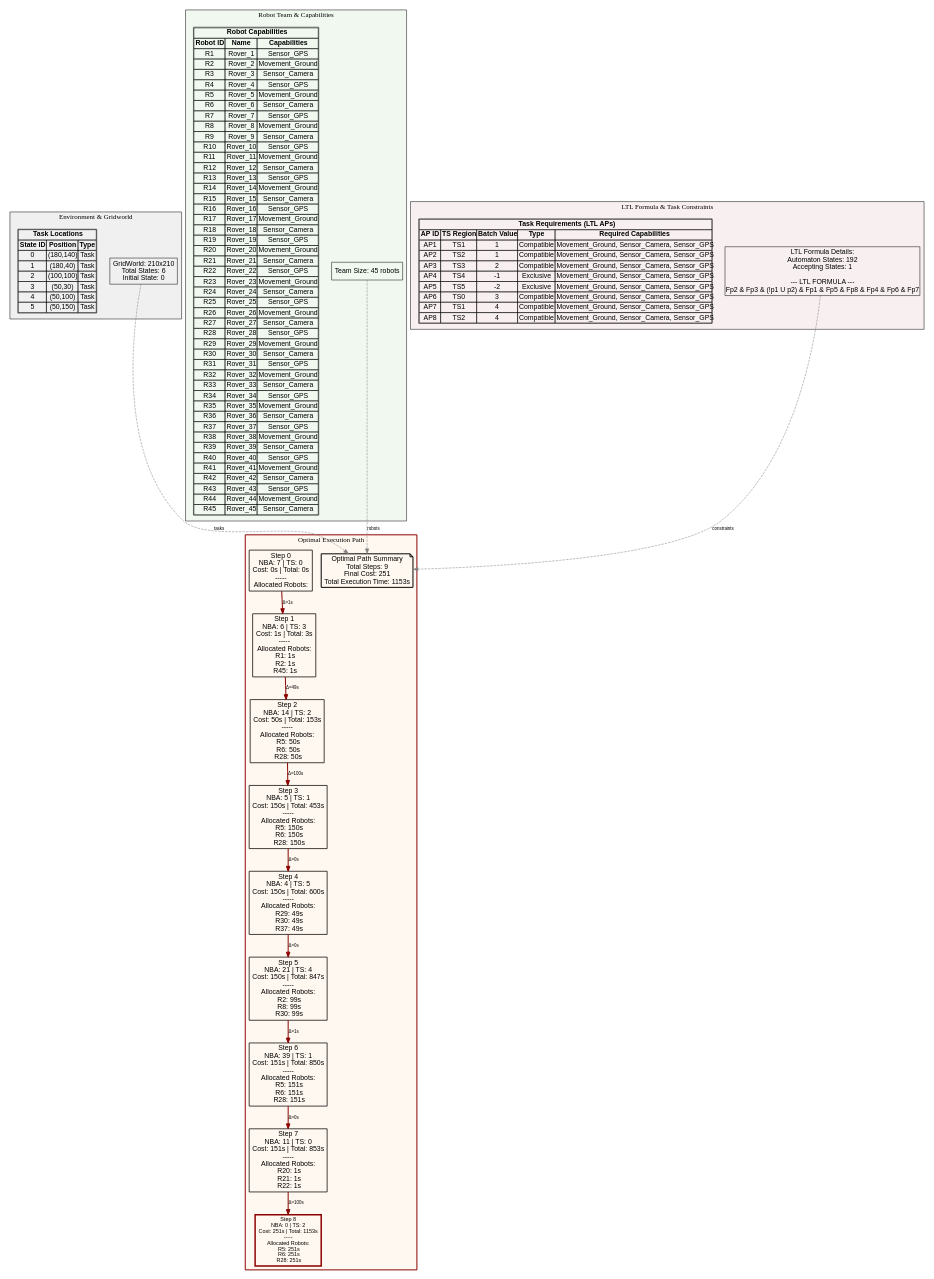
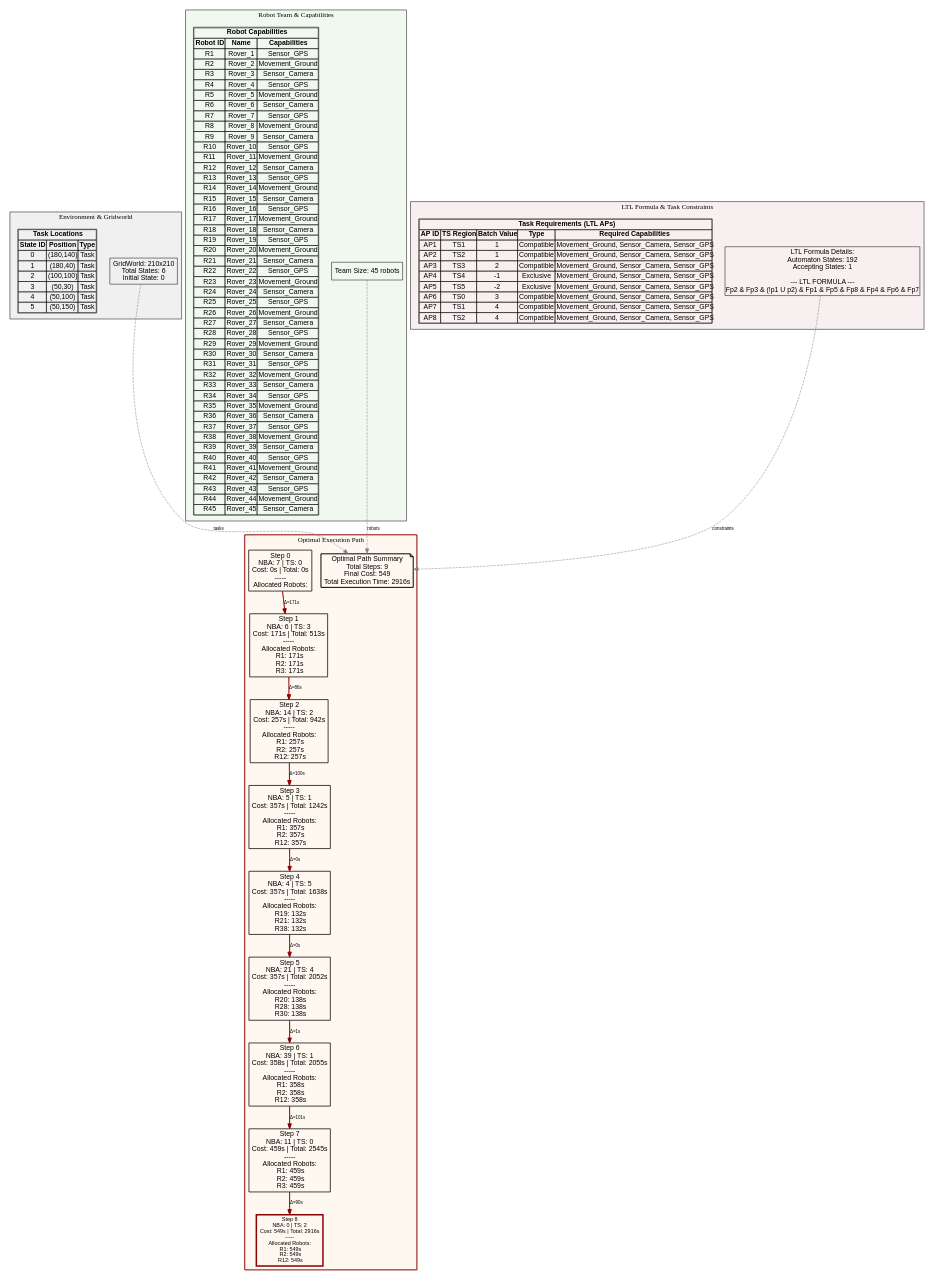
One commit to jrourke48/HMRTA_with_Multi-Capability_Robots changed the diagram in MCTB-PDT/organizedtests/automaton_states_batch/output/automaton_test_4intertaskconstraints_15_path.dot. Above: the diagram before and after it, drawn with Graphviz. The commit also changed 316 other files, not shown here.

```diff
--- a/MCTB-PDT/organizedtests/automaton_states_batch/output/automaton_test_4intertaskconstraints_15_path.dot
+++ b/MCTB-PDT/organizedtests/automaton_states_batch/output/automaton_test_4intertaskconstraints_15_path.dot
@@ -1,148 +1,148 @@
 digraph ComprehensiveOptimalPath {
   rankdir=TB;
   concentrate=true;
   node [fontname=Arial];
   edge [fontname=Arial, fontsize=9];
 
   subgraph cluster_environment {
     label="Environment & Gridworld";
     style=filled;
     fillcolor="#F0F0F0";
     color=black;
 
     env_info [shape=box, label="GridWorld: 210x210\nTotal States: 6\nInitial State: 0\n", fillcolor="#E8F4F8"];
 
     env_tasks [shape=plaintext, label=<
       <TABLE BORDER="1" CELLBORDER="1" CELLSPACING="0">
         <TR><TD COLSPAN="3"><B>Task Locations</B></TD></TR>
         <TR><TD><B>State ID</B></TD><TD><B>Position</B></TD><TD><B>Type</B></TD></TR>
         <TR><TD>0</TD><TD>(180,140)</TD><TD>Task</TD></TR>
         <TR><TD>1</TD><TD>(180,40)</TD><TD>Task</TD></TR>
         <TR><TD>2</TD><TD>(100,100)</TD><TD>Task</TD></TR>
         <TR><TD>3</TD><TD>(50,30)</TD><TD>Task</TD></TR>
         <TR><TD>4</TD><TD>(50,100)</TD><TD>Task</TD></TR>
         <TR><TD>5</TD><TD>(50,150)</TD><TD>Task</TD></TR>
       </TABLE>
     >];
   }
 
   subgraph cluster_robots {
     label="Robot Team & Capabilities";
     style=filled;
     fillcolor="#F0F8F0";
     color=black;
 
     team_info [shape=box, label="Team Size: 45 robots\n", fillcolor="#E8F8E8"];
 
     robot_caps [shape=plaintext, label=<
       <TABLE BORDER="1" CELLBORDER="1" CELLSPACING="0">
         <TR><TD COLSPAN="3"><B>Robot Capabilities</B></TD></TR>
         <TR><TD><B>Robot ID</B></TD><TD><B>Name</B></TD><TD><B>Capabilities</B></TD></TR>
         <TR><TD>R1</TD><TD>Rover_1</TD><TD>Sensor_GPS</TD></TR>
         <TR><TD>R2</TD><TD>Rover_2</TD><TD>Movement_Ground</TD></TR>
         <TR><TD>R3</TD><TD>Rover_3</TD><TD>Sensor_Camera</TD></TR>
         <TR><TD>R4</TD><TD>Rover_4</TD><TD>Sensor_GPS</TD></TR>
         <TR><TD>R5</TD><TD>Rover_5</TD><TD>Movement_Ground</TD></TR>
         <TR><TD>R6</TD><TD>Rover_6</TD><TD>Sensor_Camera</TD></TR>
         <TR><TD>R7</TD><TD>Rover_7</TD><TD>Sensor_GPS</TD></TR>
         <TR><TD>R8</TD><TD>Rover_8</TD><TD>Movement_Ground</TD></TR>
         <TR><TD>R9</TD><TD>Rover_9</TD><TD>Sensor_Camera</TD></TR>
         <TR><TD>R10</TD><TD>Rover_10</TD><TD>Sensor_GPS</TD></TR>
         <TR><TD>R11</TD><TD>Rover_11</TD><TD>Movement_Ground</TD></TR>
         <TR><TD>R12</TD><TD>Rover_12</TD><TD>Sensor_Camera</TD></TR>
         <TR><TD>R13</TD><TD>Rover_13</TD><TD>Sensor_GPS</TD></TR>
         <TR><TD>R14</TD><TD>Rover_14</TD><TD>Movement_Ground</TD></TR>
         <TR><TD>R15</TD><TD>Rover_15</TD><TD>Sensor_Camera</TD></TR>
         <TR><TD>R16</TD><TD>Rover_16</TD><TD>Sensor_GPS</TD></TR>
         <TR><TD>R17</TD><TD>Rover_17</TD><TD>Movement_Ground</TD></TR>
         <TR><TD>R18</TD><TD>Rover_18</TD><TD>Sensor_Camera</TD></TR>
         <TR><TD>R19</TD><TD>Rover_19</TD><TD>Sensor_GPS</TD></TR>
         <TR><TD>R20</TD><TD>Rover_20</TD><TD>Movement_Ground</TD></TR>
         <TR><TD>R21</TD><TD>Rover_21</TD><TD>Sensor_Camera</TD></TR>
         <TR><TD>R22</TD><TD>Rover_22</TD><TD>Sensor_GPS</TD></TR>
         <TR><TD>R23</TD><TD>Rover_23</TD><TD>Movement_Ground</TD></TR>
         <TR><TD>R24</TD><TD>Rover_24</TD><TD>Sensor_Camera</TD></TR>
         <TR><TD>R25</TD><TD>Rover_25</TD><TD>Sensor_GPS</TD></TR>
         <TR><TD>R26</TD><TD>Rover_26</TD><TD>Movement_Ground</TD></TR>
         <TR><TD>R27</TD><TD>Rover_27</TD><TD>Sensor_Camera</TD></TR>
         <TR><TD>R28</TD><TD>Rover_28</TD><TD>Sensor_GPS</TD></TR>
         <TR><TD>R29</TD><TD>Rover_29</TD><TD>Movement_Ground</TD></TR>
         <TR><TD>R30</TD><TD>Rover_30</TD><TD>Sensor_Camera</TD></TR>
         <TR><TD>R31</TD><TD>Rover_31</TD><TD>Sensor_GPS</TD></TR>
         <TR><TD>R32</TD><TD>Rover_32</TD><TD>Movement_Ground</TD></TR>
         <TR><TD>R33</TD><TD>Rover_33</TD><TD>Sensor_Camera</TD></TR>
         <TR><TD>R34</TD><TD>Rover_34</TD><TD>Sensor_GPS</TD></TR>
         <TR><TD>R35</TD><TD>Rover_35</TD><TD>Movement_Ground</TD></TR>
         <TR><TD>R36</TD><TD>Rover_36</TD><TD>Sensor_Camera</TD></TR>
         <TR><TD>R37</TD><TD>Rover_37</TD><TD>Sensor_GPS</TD></TR>
         <TR><TD>R38</TD><TD>Rover_38</TD><TD>Movement_Ground</TD></TR>
         <TR><TD>R39</TD><TD>Rover_39</TD><TD>Sensor_Camera</TD></TR>
         <TR><TD>R40</TD><TD>Rover_40</TD><TD>Sensor_GPS</TD></TR>
         <TR><TD>R41</TD><TD>Rover_41</TD><TD>Movement_Ground</TD></TR>
         <TR><TD>R42</TD><TD>Rover_42</TD><TD>Sensor_Camera</TD></TR>
         <TR><TD>R43</TD><TD>Rover_43</TD><TD>Sensor_GPS</TD></TR>
         <TR><TD>R44</TD><TD>Rover_44</TD><TD>Movement_Ground</TD></TR>
         <TR><TD>R45</TD><TD>Rover_45</TD><TD>Sensor_Camera</TD></TR>
       </TABLE>
     >];
   }
 
   subgraph cluster_ltl {
     label="LTL Formula & Task Constraints";
     style=filled;
     fillcolor="#F8F0F0";
     color=black;
 
     ltl_info [shape=box, label="LTL Formula Details:\nAutomaton States: 192\nAccepting States: 1\n\n--- LTL FORMULA ---\nFp2 & Fp3 & (!p1 U p2) & Fp1 & Fp5 & Fp8 & Fp4 & Fp6 & Fp7", fillcolor="#F8E8E8"];
 
     ltl_tasks [shape=plaintext, label=<
       <TABLE BORDER="1" CELLBORDER="1" CELLSPACING="0">
         <TR><TD COLSPAN="5"><B>Task Requirements (LTL APs)</B></TD></TR>
         <TR><TD><B>AP ID</B></TD><TD><B>TS Region</B></TD><TD><B>Batch Value</B></TD><TD><B>Type</B></TD><TD><B>Required Capabilities</B></TD></TR>
         <TR><TD>AP1</TD><TD>TS1</TD><TD>1</TD><TD>Compatible</TD><TD>Movement_Ground, Sensor_Camera, Sensor_GPS</TD></TR>
         <TR><TD>AP2</TD><TD>TS2</TD><TD>1</TD><TD>Compatible</TD><TD>Movement_Ground, Sensor_Camera, Sensor_GPS</TD></TR>
         <TR><TD>AP3</TD><TD>TS3</TD><TD>2</TD><TD>Compatible</TD><TD>Movement_Ground, Sensor_Camera, Sensor_GPS</TD></TR>
         <TR><TD>AP4</TD><TD>TS4</TD><TD>-1</TD><TD>Exclusive</TD><TD>Movement_Ground, Sensor_Camera, Sensor_GPS</TD></TR>
         <TR><TD>AP5</TD><TD>TS5</TD><TD>-2</TD><TD>Exclusive</TD><TD>Movement_Ground, Sensor_Camera, Sensor_GPS</TD></TR>
         <TR><TD>AP6</TD><TD>TS0</TD><TD>3</TD><TD>Compatible</TD><TD>Movement_Ground, Sensor_Camera, Sensor_GPS</TD></TR>
         <TR><TD>AP7</TD><TD>TS1</TD><TD>4</TD><TD>Compatible</TD><TD>Movement_Ground, Sensor_Camera, Sensor_GPS</TD></TR>
         <TR><TD>AP8</TD><TD>TS2</TD><TD>4</TD><TD>Compatible</TD><TD>Movement_Ground, Sensor_Camera, Sensor_GPS</TD></TR>
       </TABLE>
     >];
   }
 
   subgraph cluster_path {
     label="Optimal Execution Path";
     style=filled;
     fillcolor="#FFF8F0";
     color=darkred;
     penwidth=2;
 
-    path_summary [shape=note, label="Optimal Path Summary\nTotal Steps: 9\nFinal Cost: 251\nTotal Execution Time: 1153s\n", fillcolor="#FFFFCC", penwidth=2];
+    path_summary [shape=note, label="Optimal Path Summary\nTotal Steps: 9\nFinal Cost: 549\nTotal Execution Time: 2916s\n", fillcolor="#FFFFCC", penwidth=2];
 
     opt_0 [shape=box, label="Step 0\nNBA: 7 | TS: 0\nCost: 0s | Total: 0s\n-----\nAllocated Robots:\n", fillcolor="#B3E5FC", penwidth=1.5];
-    opt_1 [shape=box, label="Step 1\nNBA: 6 | TS: 3\nCost: 1s | Total: 3s\n-----\nAllocated Robots:\n  R1: 1s\n  R2: 1s\n  R45: 1s\n", fillcolor="#B3E5FC", penwidth=1.5];
-    opt_2 [shape=box, label="Step 2\nNBA: 14 | TS: 2\nCost: 50s | Total: 153s\n-----\nAllocated Robots:\n  R5: 50s\n  R6: 50s\n  R28: 50s\n", fillcolor="#B3E5FC", penwidth=1.5];
-    opt_3 [shape=box, label="Step 3\nNBA: 5 | TS: 1\nCost: 150s | Total: 453s\n-----\nAllocated Robots:\n  R5: 150s\n  R6: 150s\n  R28: 150s\n", fillcolor="#B3E5FC", penwidth=1.5];
-    opt_4 [shape=box, label="Step 4\nNBA: 4 | TS: 5\nCost: 150s | Total: 600s\n-----\nAllocated Robots:\n  R29: 49s\n  R30: 49s\n  R37: 49s\n", fillcolor="#B3E5FC", penwidth=1.5];
-    opt_5 [shape=box, label="Step 5\nNBA: 21 | TS: 4\nCost: 150s | Total: 847s\n-----\nAllocated Robots:\n  R2: 99s\n  R8: 99s\n  R30: 99s\n", fillcolor="#B3E5FC", penwidth=1.5];
-    opt_6 [shape=box, label="Step 6\nNBA: 39 | TS: 1\nCost: 151s | Total: 850s\n-----\nAllocated Robots:\n  R5: 151s\n  R6: 151s\n  R28: 151s\n", fillcolor="#B3E5FC", penwidth=1.5];
-    opt_7 [shape=box, label="Step 7\nNBA: 11 | TS: 0\nCost: 151s | Total: 853s\n-----\nAllocated Robots:\n  R20: 1s\n  R21: 1s\n  R22: 1s\n", fillcolor="#B3E5FC", penwidth=1.5];
-    opt_8 [shape=box, label="Step 8\nNBA: 0 | TS: 2\nCost: 251s | Total: 1153s\n-----\nAllocated Robots:\n  R5: 251s\n  R6: 251s\n  R28: 251s\n", fillcolor="#FF6B6B", penwidth=3, color=darkred, fontweight=bold, fontsize=11];
+    opt_1 [shape=box, label="Step 1\nNBA: 6 | TS: 3\nCost: 171s | Total: 513s\n-----\nAllocated Robots:\n  R1: 171s\n  R2: 171s\n  R3: 171s\n", fillcolor="#B3E5FC", penwidth=1.5];
+    opt_2 [shape=box, label="Step 2\nNBA: 14 | TS: 2\nCost: 257s | Total: 942s\n-----\nAllocated Robots:\n  R1: 257s\n  R2: 257s\n  R12: 257s\n", fillcolor="#B3E5FC", penwidth=1.5];
+    opt_3 [shape=box, label="Step 3\nNBA: 5 | TS: 1\nCost: 357s | Total: 1242s\n-----\nAllocated Robots:\n  R1: 357s\n  R2: 357s\n  R12: 357s\n", fillcolor="#B3E5FC", penwidth=1.5];
+    opt_4 [shape=box, label="Step 4\nNBA: 4 | TS: 5\nCost: 357s | Total: 1638s\n-----\nAllocated Robots:\n  R19: 132s\n  R21: 132s\n  R38: 132s\n", fillcolor="#B3E5FC", penwidth=1.5];
+    opt_5 [shape=box, label="Step 5\nNBA: 21 | TS: 4\nCost: 357s | Total: 2052s\n-----\nAllocated Robots:\n  R20: 138s\n  R28: 138s\n  R30: 138s\n", fillcolor="#B3E5FC", penwidth=1.5];
+    opt_6 [shape=box, label="Step 6\nNBA: 39 | TS: 1\nCost: 358s | Total: 2055s\n-----\nAllocated Robots:\n  R1: 358s\n  R2: 358s\n  R12: 358s\n", fillcolor="#B3E5FC", penwidth=1.5];
+    opt_7 [shape=box, label="Step 7\nNBA: 11 | TS: 0\nCost: 459s | Total: 2545s\n-----\nAllocated Robots:\n  R1: 459s\n  R2: 459s\n  R3: 459s\n", fillcolor="#B3E5FC", penwidth=1.5];
+    opt_8 [shape=box, label="Step 8\nNBA: 0 | TS: 2\nCost: 549s | Total: 2916s\n-----\nAllocated Robots:\n  R1: 549s\n  R2: 549s\n  R12: 549s\n", fillcolor="#FF6B6B", penwidth=3, color=darkred, fontweight=bold, fontsize=11];
 
-    opt_0 -> opt_1 [label="Δ=1s", penwidth=2, color=darkred];
-    opt_1 -> opt_2 [label="Δ=49s", penwidth=2, color=darkred];
+    opt_0 -> opt_1 [label="Δ=171s", penwidth=2, color=darkred];
+    opt_1 -> opt_2 [label="Δ=86s", penwidth=2, color=darkred];
     opt_2 -> opt_3 [label="Δ=100s", penwidth=2, color=darkred];
     opt_3 -> opt_4 [label="Δ=0s", penwidth=2, color=darkred];
     opt_4 -> opt_5 [label="Δ=0s", penwidth=2, color=darkred];
     opt_5 -> opt_6 [label="Δ=1s", penwidth=2, color=darkred];
-    opt_6 -> opt_7 [label="Δ=0s", penwidth=2, color=darkred];
-    opt_7 -> opt_8 [label="Δ=100s", penwidth=2, color=darkred];
+    opt_6 -> opt_7 [label="Δ=101s", penwidth=2, color=darkred];
+    opt_7 -> opt_8 [label="Δ=90s", penwidth=2, color=darkred];
   }
 
   // Connections between clusters
   env_info -> path_summary [style=dashed, color=gray, label="tasks"];
   team_info -> path_summary [style=dashed, color=gray, label="robots"];
   ltl_info -> path_summary [style=dashed, color=gray, label="constraints"];
 
 }
```
